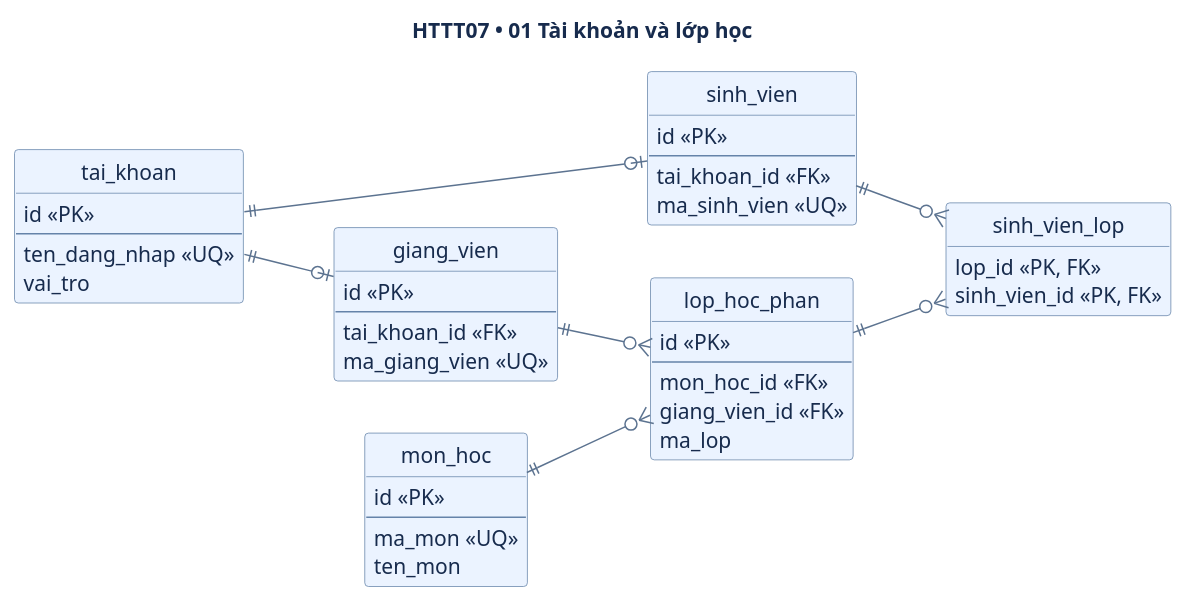
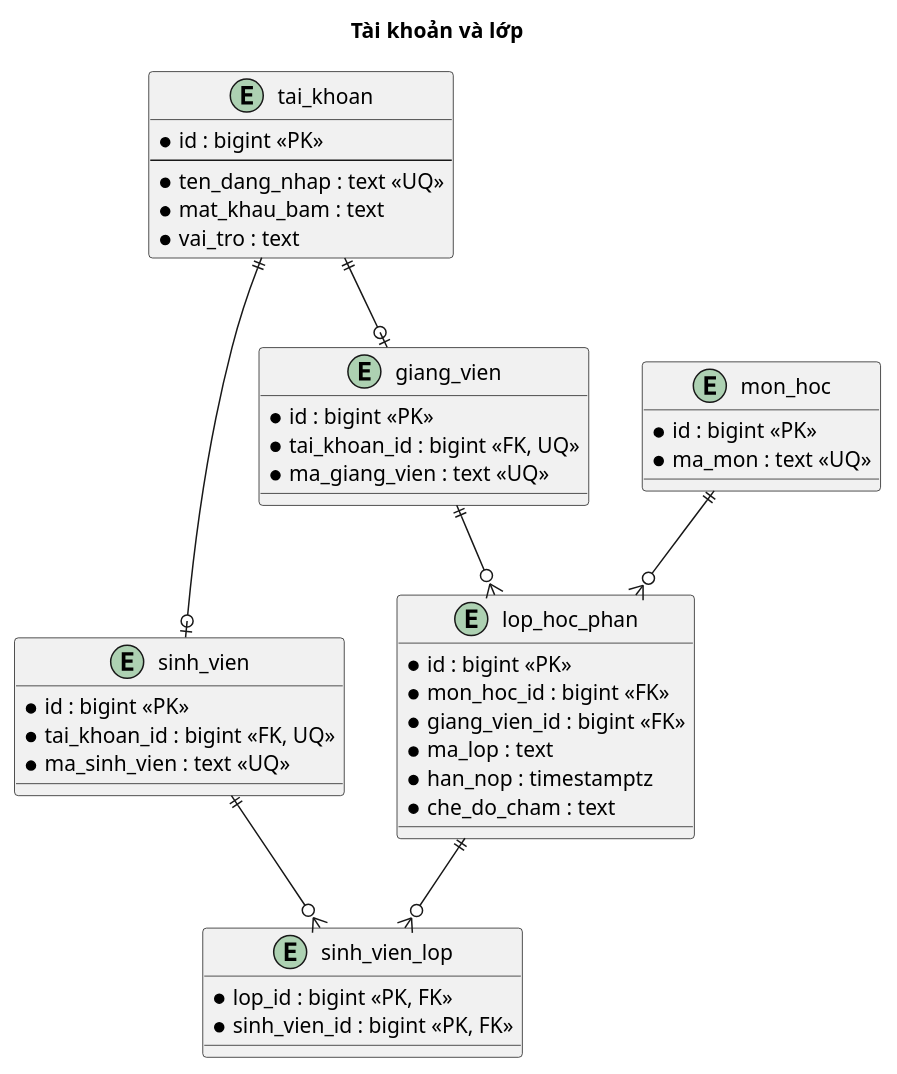
Before and after one commit to lam-vu6868/HTQL_TieuLuan_DoAN: the first of 3 diagrams in 04-thiet-ke-co-so-du-lieu.md, drawn with PlantUML. The commit also changed other lines of this file and 40 other files, not shown here.

````diff
--- a/04-thiet-ke-co-so-du-lieu.md
+++ b/04-thiet-ke-co-so-du-lieu.md
@@ -15,55 +15,44 @@
 ```plantuml
 @startuml
-title HTTT07 • 01 Tài khoản và lớp học
-left to right direction
-skinparam shadowing false
-skinparam defaultFontName SansSerif
-skinparam defaultFontColor #172B4D
-skinparam classBackgroundColor #EBF3FF
-skinparam classBorderColor #6583A9
-skinparam arrowColor #5C7390
-hide circle
-hide methods
+title Tài khoản và lớp
 entity tai_khoan {
-  id <<PK>>
+  * id : bigint <<PK>>
   --
-  ten_dang_nhap <<UQ>>
-  vai_tro
+  * ten_dang_nhap : text <<UQ>>
+  * mat_khau_bam : text
+  * vai_tro : text
 }
 entity sinh_vien {
-  id <<PK>>
-  --
-  tai_khoan_id <<FK>>
-  ma_sinh_vien <<UQ>>
+  * id : bigint <<PK>>
+  * tai_khoan_id : bigint <<FK, UQ>>
+  * ma_sinh_vien : text <<UQ>>
 }
 entity giang_vien {
-  id <<PK>>
-  --
-  tai_khoan_id <<FK>>
-  ma_giang_vien <<UQ>>
+  * id : bigint <<PK>>
+  * tai_khoan_id : bigint <<FK, UQ>>
+  * ma_giang_vien : text <<UQ>>
 }
 entity mon_hoc {
-  id <<PK>>
-  --
-  ma_mon <<UQ>>
-  ten_mon
+  * id : bigint <<PK>>
+  * ma_mon : text <<UQ>>
 }
 entity lop_hoc_phan {
-  id <<PK>>
-  --
-  mon_hoc_id <<FK>>
-  giang_vien_id <<FK>>
-  ma_lop
+  * id : bigint <<PK>>
+  * mon_hoc_id : bigint <<FK>>
+  * giang_vien_id : bigint <<FK>>
+  * ma_lop : text
+  * han_nop : timestamptz
+  * che_do_cham : text
 }
 entity sinh_vien_lop {
-  lop_id <<PK, FK>>
-  sinh_vien_id <<PK, FK>>
+  * lop_id : bigint <<PK, FK>>
+  * sinh_vien_id : bigint <<PK, FK>>
 }
 tai_khoan ||--o| sinh_vien
 tai_khoan ||--o| giang_vien
 mon_hoc ||--o{ lop_hoc_phan
 giang_vien ||--o{ lop_hoc_phan
 lop_hoc_phan ||--o{ sinh_vien_lop
 sinh_vien ||--o{ sinh_vien_lop
 @enduml
 ```
````
